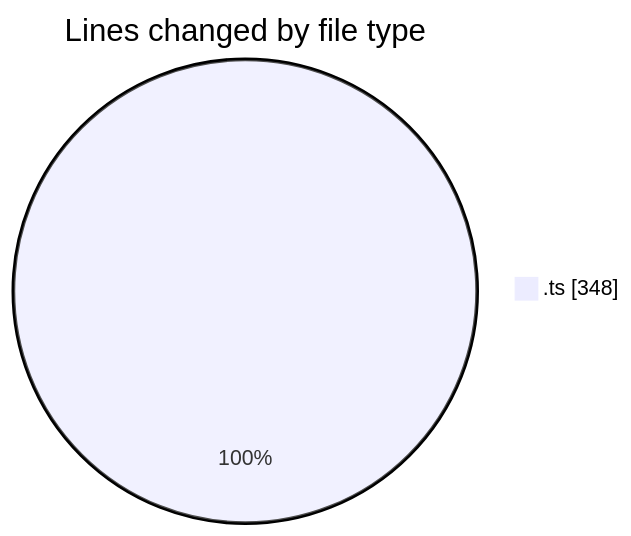
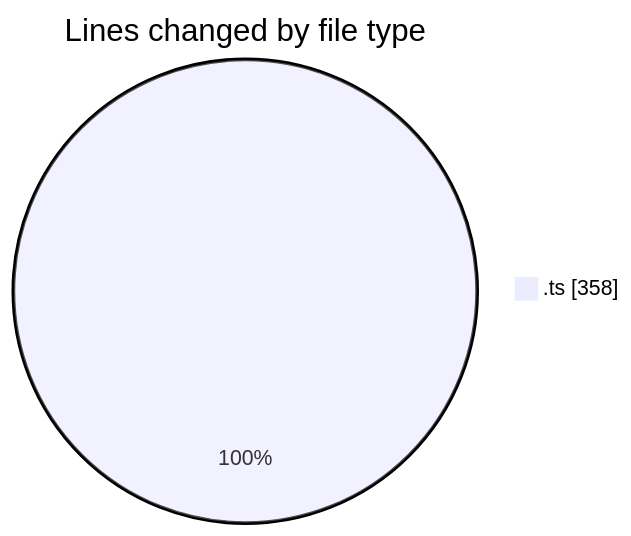
Before and after one commit to momahboobian/code-tracking: the first of 2 diagrams in 2025-09-09/cda/README.md, drawn with Mermaid. The commit also changed other lines of this file and 1 other file, not shown here.

````diff
--- a/2025-09-09/cda/README.md
+++ b/2025-09-09/cda/README.md
@@ -20,5 +20,5 @@
 ```mermaid
 pie showData
 title Lines changed by file type
-".ts" : 348
+".ts" : 358
 ```
````
